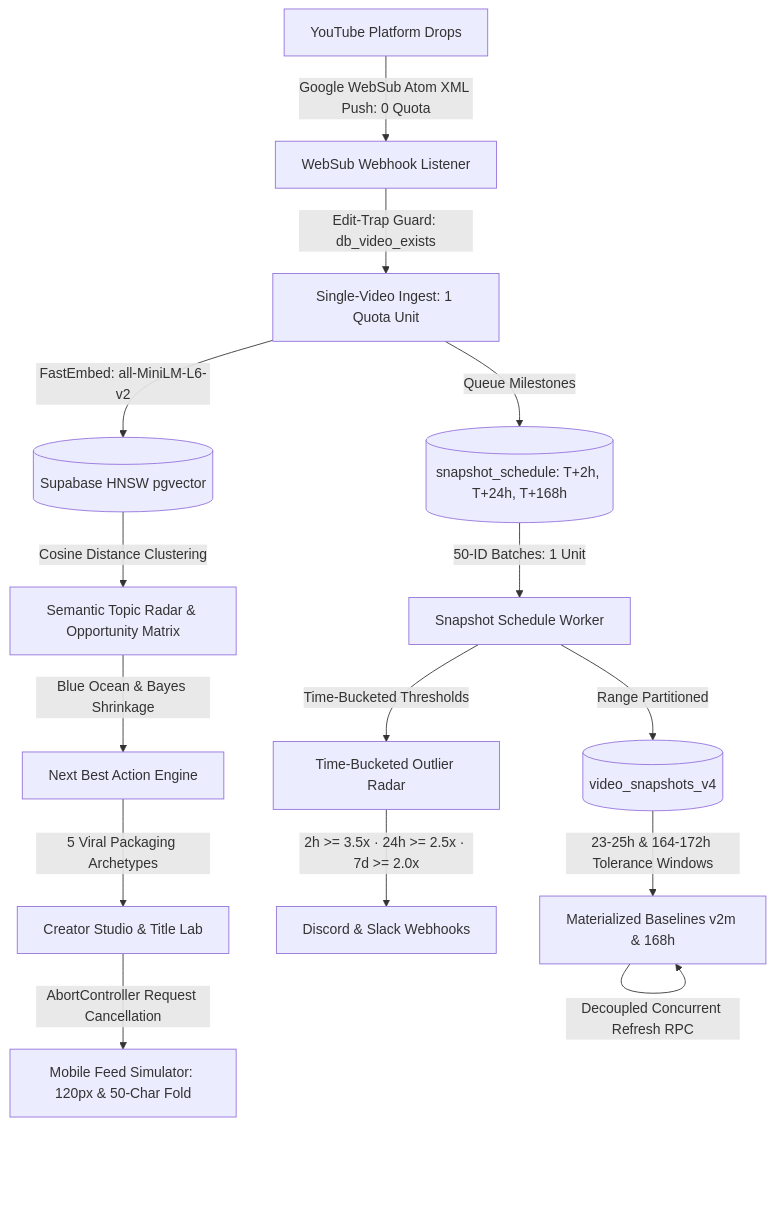
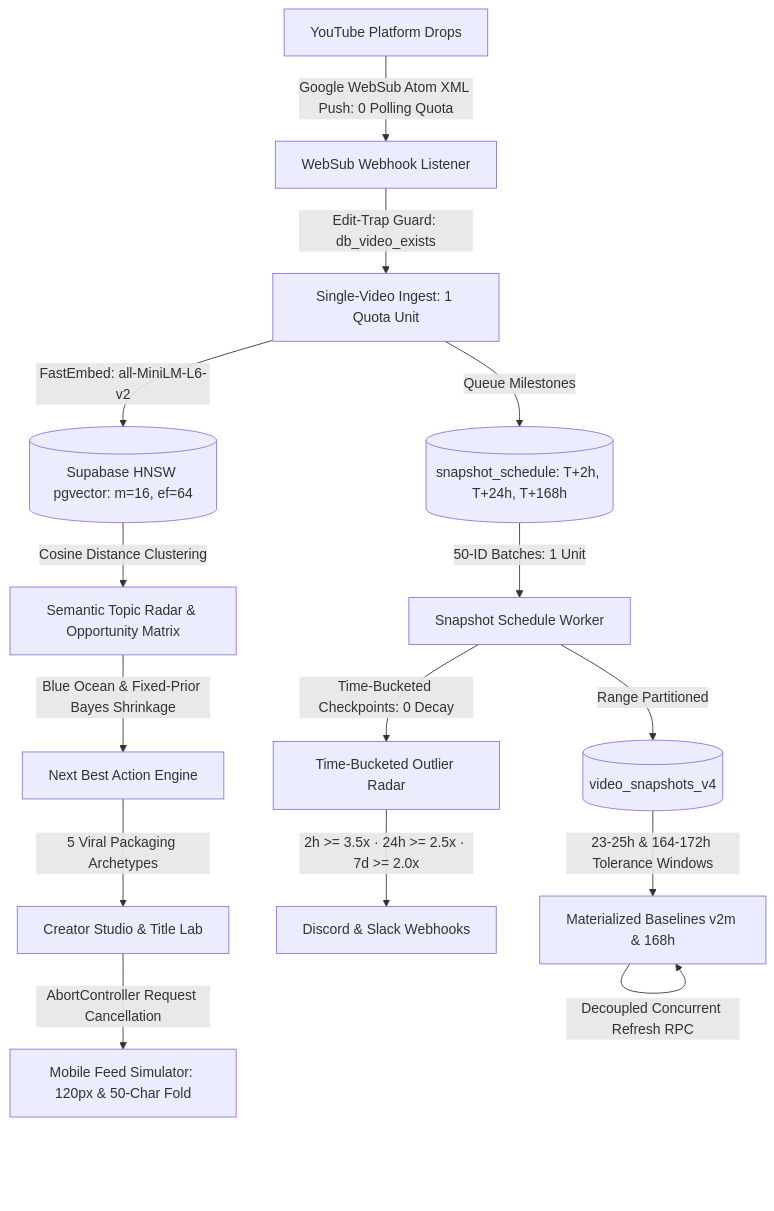
One commit to khuzaima175/Youtube-Data-Manager changed the diagram in README.md. Above: the diagram before and after it, drawn with Mermaid. The commit also changed other lines of this file and 2 other files, not shown here.

Commit message:
fix(docs/schema): Standardize on HNSW index, formalize Fixed-Prior Bayesian Shrinkage & dual velocity paradigm, and verify DST quota mechanics

````diff
--- a/README.md
+++ b/README.md
@@ -9,17 +9,17 @@
 ```mermaid
 graph TD
-    A[YouTube Platform Drops] -->|Google WebSub Atom XML Push: 0 Quota| B[WebSub Webhook Listener]
+    A[YouTube Platform Drops] -->|Google WebSub Atom XML Push: 0 Polling Quota| B[WebSub Webhook Listener]
     B -->|Edit-Trap Guard: db_video_exists| C[Single-Video Ingest: 1 Quota Unit]
     C -->|Queue Milestones| D[(snapshot_schedule: T+2h, T+24h, T+168h)]
     D -->|50-ID Batches: 1 Unit| E[Snapshot Schedule Worker]
     E -->|Range Partitioned| F[(video_snapshots_v4)]
     F -->|23-25h & 164-172h Tolerance Windows| G[Materialized Baselines v2m & 168h]
     G -->|Decoupled Concurrent Refresh RPC| G
-    E -->|Time-Bucketed Thresholds| H[Time-Bucketed Outlier Radar]
+    E -->|Time-Bucketed Checkpoints: 0 Decay| H[Time-Bucketed Outlier Radar]
     H -->|2h >= 3.5x · 24h >= 2.5x · 7d >= 2.0x| I[Discord & Slack Webhooks]
-    C -->|FastEmbed: all-MiniLM-L6-v2| J[(Supabase HNSW pgvector)]
+    C -->|FastEmbed: all-MiniLM-L6-v2| J[(Supabase HNSW pgvector: m=16, ef=64)]
     J -->|Cosine Distance Clustering| K[Semantic Topic Radar & Opportunity Matrix]
-    K -->|Blue Ocean & Bayes Shrinkage| L[Next Best Action Engine]
+    K -->|Blue Ocean & Fixed-Prior Bayes Shrinkage| L[Next Best Action Engine]
     L -->|5 Viral Packaging Archetypes| M[Creator Studio & Title Lab]
     M -->|AbortController Request Cancellation| N[Mobile Feed Simulator: 120px & 50-Char Fold]
 ```
````
